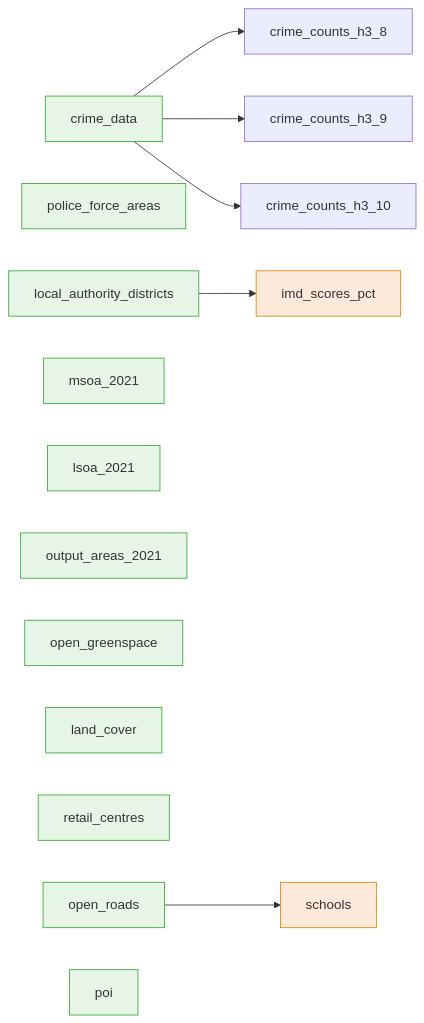
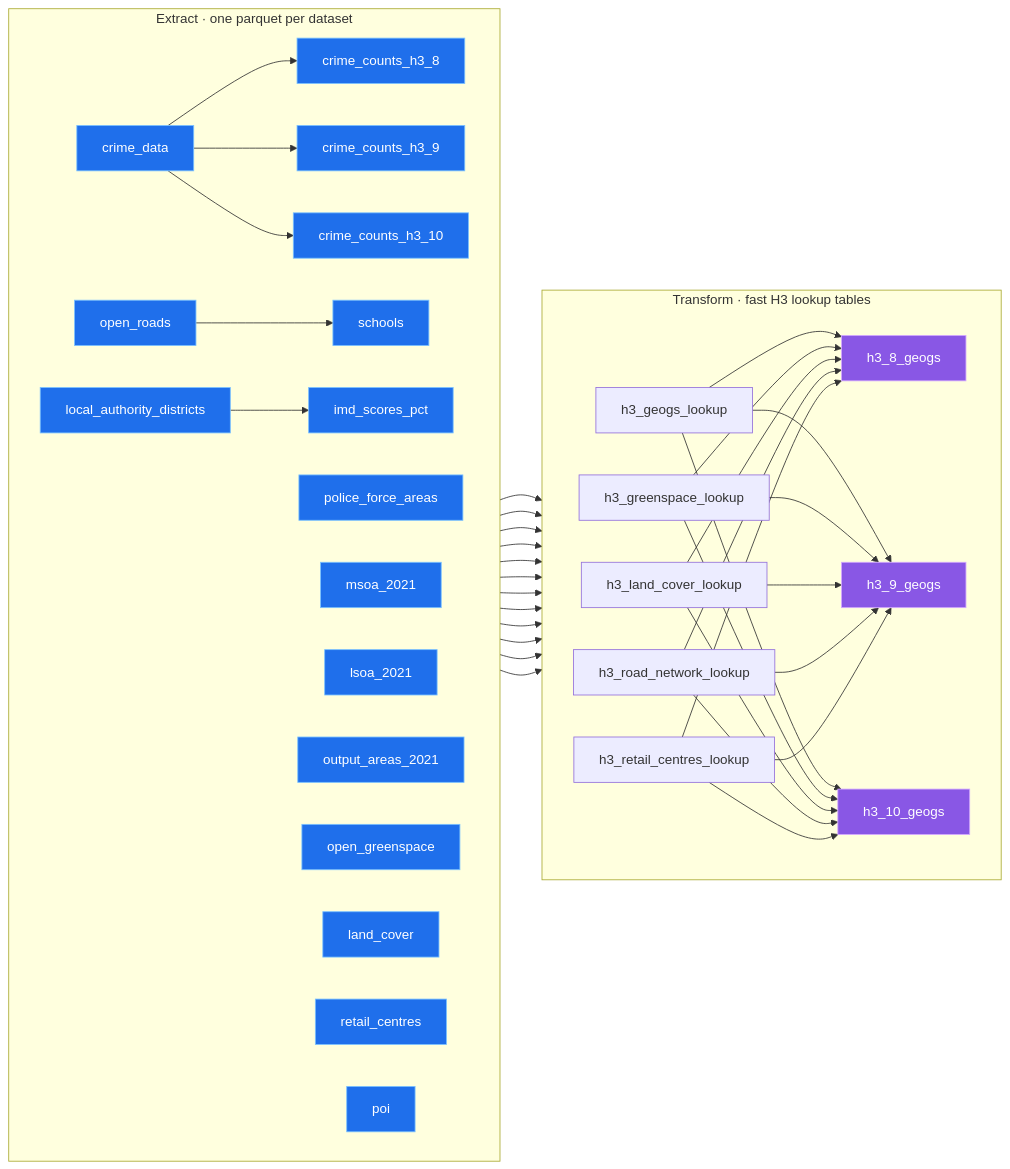
The diagram in README.md (safer-streets/safer-streets-tooling), drawn with Mermaid before and after one commit. The commit also changed other lines of this file and 17 other files, not shown here.

````diff
--- a/README.md
+++ b/README.md
@@ -27,28 +39,76 @@
 ```mermaid
 flowchart LR
-    crime_data
-    crime_counts_h3_8
-    crime_counts_h3_9
-    crime_counts_h3_10
-    police_force_areas
-    local_authority_districts
-    msoa_2021
-    lsoa_2021
-    output_areas_2021
-    open_greenspace
-    land_cover
-    retail_centres
-    open_roads
-    poi
+    subgraph EXTRACT["Extract · one parquet per dataset"]
+        direction LR
+        crime_data
+        crime_counts_h3_8
+        crime_counts_h3_9
+        crime_counts_h3_10
+        police_force_areas
+        local_authority_districts
+        msoa_2021
+        lsoa_2021
+        output_areas_2021
+        open_greenspace
+        land_cover
+        retail_centres
+        open_roads
+        poi
+        schools
+        imd_scores_pct
+    end
 
+    subgraph TRANSFORM["Transform · fast H3 lookup tables"]
+        direction LR
+        h3_geogs_lookup
+        h3_greenspace_lookup
+        h3_land_cover_lookup
+        h3_road_network_lookup
+        h3_retail_centres_lookup
+        h3_8_geogs
+        h3_9_geogs
+        h3_10_geogs
+    end
+
+    %% extract edges
     crime_data --> crime_counts_h3_8
     crime_data --> crime_counts_h3_9
     crime_data --> crime_counts_h3_10
     open_roads --> schools
     local_authority_districts --> imd_scores_pct
 
-    classDef ready fill:#e7f5e7,stroke:#3a3;
-    classDef dependent fill:#fde9d9,stroke:#d80;
-    class crime_data,police_force_areas,local_authority_districts,msoa_2021,lsoa_2021,output_areas_2021,open_greenspace,land_cover,retail_centres,open_roads,poi ready;
-    class schools,imd_scores_pct dependent;
+    %% transform edges
+    crime_counts_h3_8 --> h3_geogs_lookup
+    crime_counts_h3_9 --> h3_geogs_lookup
+    crime_counts_h3_10 --> h3_geogs_lookup
+    police_force_areas --> h3_geogs_lookup
+    local_authority_districts --> h3_geogs_lookup
+    msoa_2021 --> h3_geogs_lookup
+    lsoa_2021 --> h3_geogs_lookup
+    output_areas_2021 --> h3_geogs_lookup
+    open_greenspace --> h3_greenspace_lookup
+    land_cover --> h3_land_cover_lookup
+    open_roads --> h3_road_network_lookup
+    retail_centres --> h3_retail_centres_lookup
+    h3_geogs_lookup --> h3_8_geogs
+    h3_greenspace_lookup --> h3_8_geogs
+    h3_land_cover_lookup --> h3_8_geogs
+    h3_road_network_lookup --> h3_8_geogs
+    h3_retail_centres_lookup --> h3_8_geogs
+    h3_geogs_lookup --> h3_9_geogs
+    h3_greenspace_lookup --> h3_9_geogs
+    h3_land_cover_lookup --> h3_9_geogs
+    h3_road_network_lookup --> h3_9_geogs
+    h3_retail_centres_lookup --> h3_9_geogs
+    h3_geogs_lookup --> h3_10_geogs
+    h3_greenspace_lookup --> h3_10_geogs
+    h3_land_cover_lookup --> h3_10_geogs
+    h3_road_network_lookup --> h3_10_geogs
+    h3_retail_centres_lookup --> h3_10_geogs
+
+    %% colour by phase, tuned for dark backgrounds (white text on saturated fills, light strokes)
+    classDef extract fill:#1f6feb,stroke:#79c0ff,stroke-width:1px,color:#ffffff;
+    classDef transform fill:#8957e5,stroke:#d2a8ff,stroke-width:1px,color:#ffffff;
+    class crime_data,crime_counts_h3_8,crime_counts_h3_9,crime_counts_h3_10,police_force_areas,local_authority_districts,msoa_2021,lsoa_2021,output_areas_2021,open_greenspace,land_cover,retail_centres,open_roads,poi,schools,imd_scores_pct extract;
+    class h3_8_geogs,h3_9_geogs,h3_8_geogs,h3_10_geogs transform;
 ```
````
